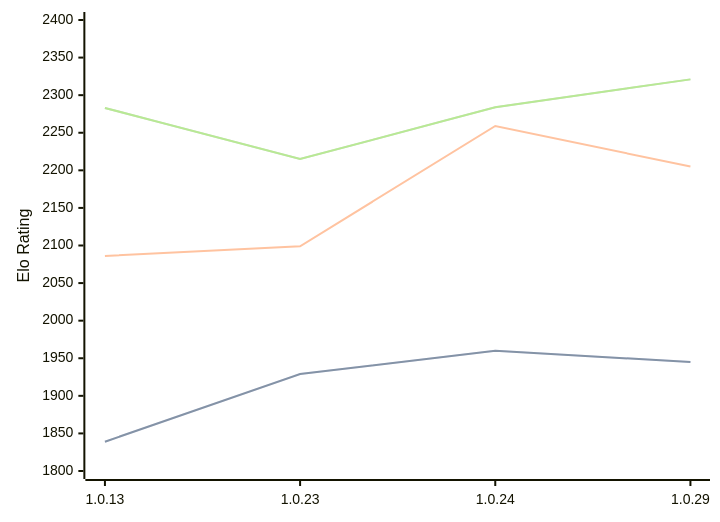
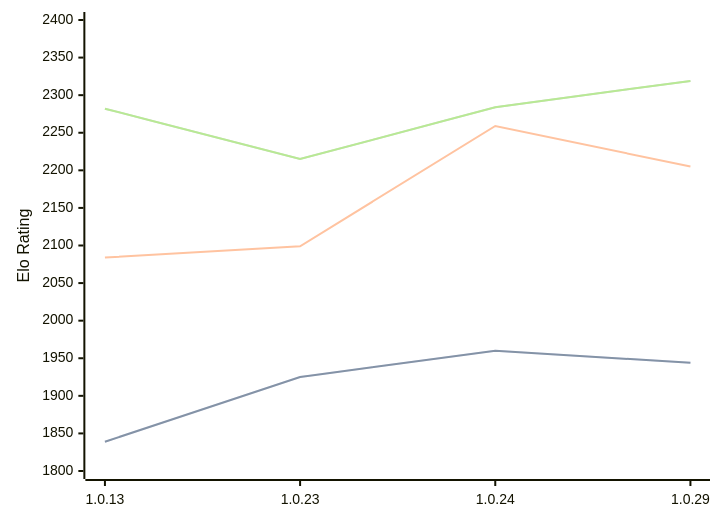
Before and after one commit to computer-chess-index/cci: the diagram in engines/RustyRival.md, drawn with Mermaid. The commit also changed other lines of this file, not shown here.

Commit message:
Update CCI Ratings (ELO VLTC) - 2026-03-05

````diff
--- a/engines/RustyRival.md
+++ b/engines/RustyRival.md
@@ -54,11 +54,11 @@
 ```mermaid
 %%{init: {"theme":"base","themeVariables":{"seriesColors:['#a3a3a3','#222221','#faa371']}}}%%
 xychart-beta
   x-axis ["1.0.13", "1.0.23", "1.0.24", "1.0.29"]
   y-axis "Elo Rating" 1800 --> 2400
-  line "STC (8.0+0.08s)" [1839, 1929, 1960, 1945]
-  line "STC (8.0+0.08s)" [1839, 1929, 1960, 1945]
-  line "LTC (60.0+0.60s)" [2086, 2099, 2259, 2205]
-  line "VLTC (2m24s+1.12s)" [2283, 2215, 2284, 2321]
-  line "VLTC (2m24s+1.12s)" [2283, 2215, 2284, 2321]
+  line "STC (8.0+0.08s)" [1839, 1925, 1960, 1944]
+  line "STC (8.0+0.08s)" [1839, 1925, 1960, 1944]
+  line "LTC (60.0+0.60s)" [2084, 2099, 2259, 2205]
+  line "VLTC (2m24s+1.12s)" [2282, 2215, 2284, 2319]
+  line "VLTC (2m24s+1.12s)" [2282, 2215, 2284, 2319]
 ```
````
